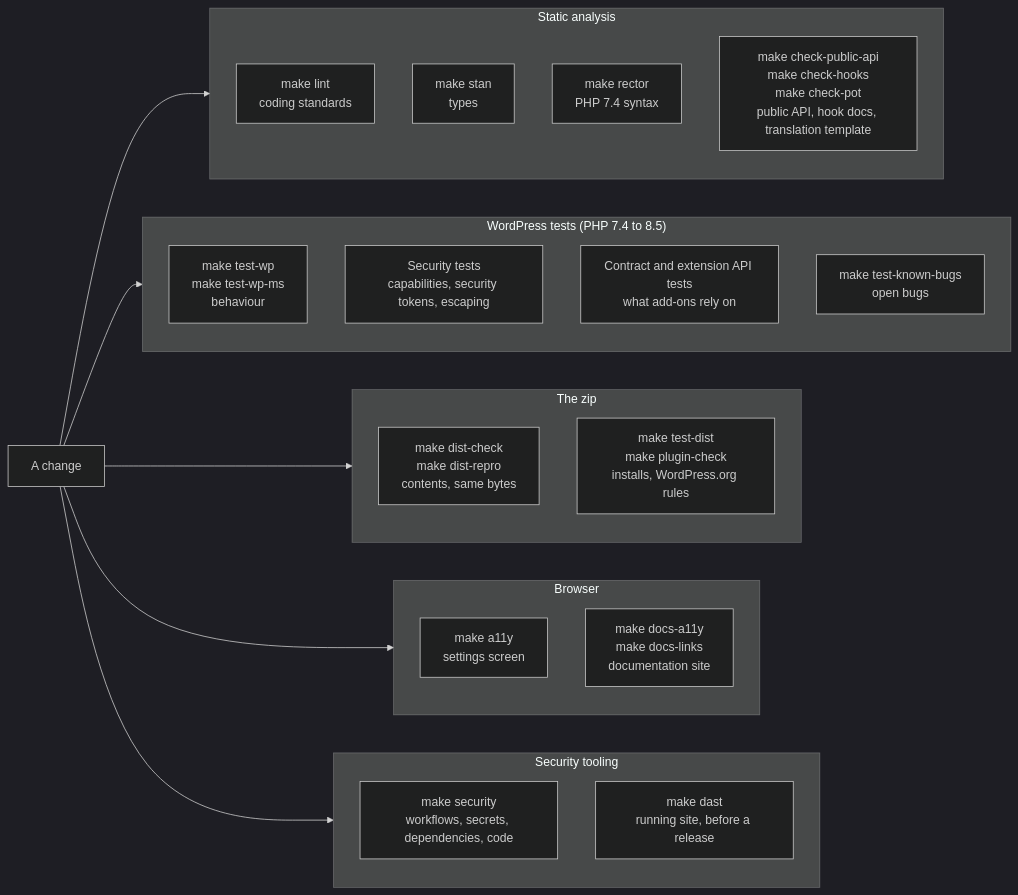
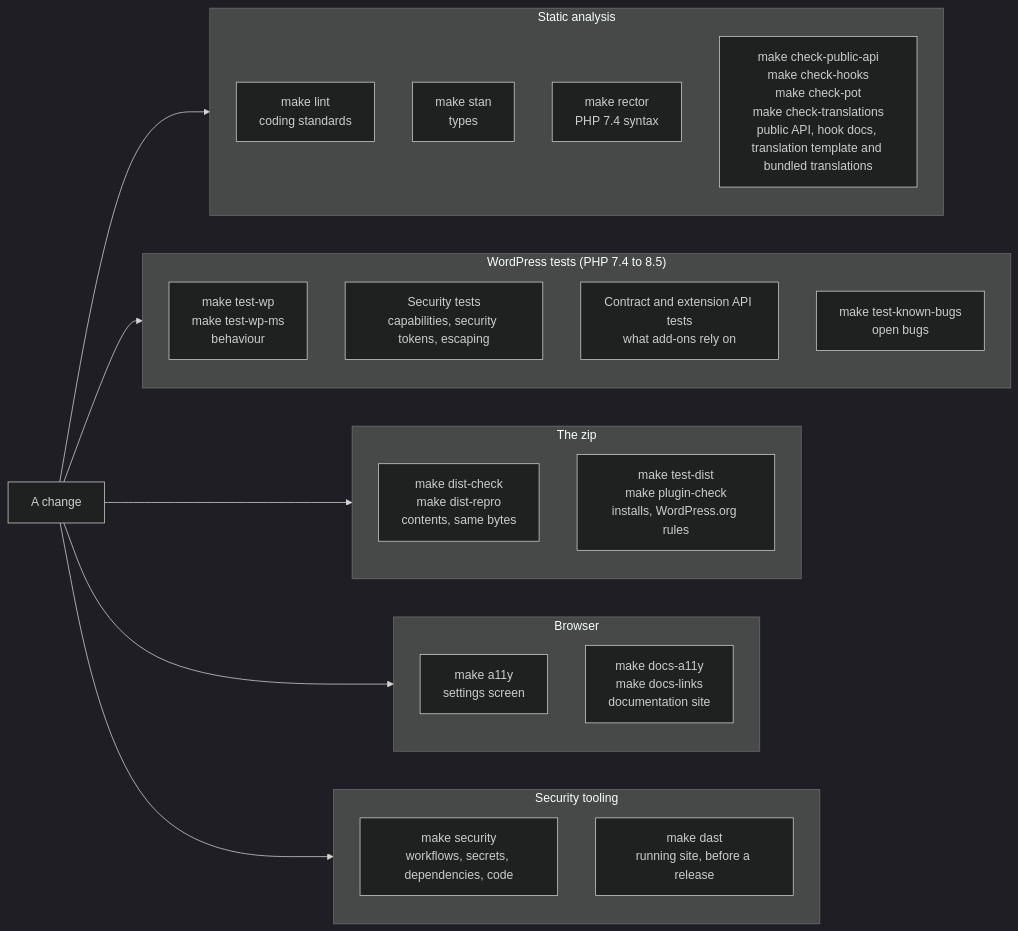
One commit to l3rady/wp-updates-notifier changed the diagram in docs/developers/testing.md. Above: the diagram before and after it, drawn with Mermaid (dark theme). The commit also changed other lines of this file and 45 other files, not shown here.

````diff
--- a/docs/developers/testing.md
+++ b/docs/developers/testing.md
@@ -5,33 +5,33 @@
 ```mermaid
 flowchart LR
     change["A change"] --> static
     change --> wp
     change --> pkg
     change --> browser
     change --> sec
 
     subgraph static["Static analysis"]
         lint["make lint<br>coding standards"]
         stan["make stan<br>types"]
         rector["make rector<br>PHP 7.4 syntax"]
-        api["make check-public-api<br>make check-hooks<br>make check-pot<br>public API, hook docs, translation template"]
+        api["make check-public-api<br>make check-hooks<br>make check-pot<br>make check-translations<br>public API, hook docs, translation template and bundled translations"]
     end
     subgraph wp["WordPress tests (PHP 7.4 to 8.5)"]
         suite["make test-wp<br>make test-wp-ms<br>behaviour"]
         secTests["Security tests<br>capabilities, security tokens, escaping"]
         contract["Contract and extension API tests<br>what add-ons rely on"]
         bugs["make test-known-bugs<br>open bugs"]
     end
     subgraph pkg["The zip"]
         dist["make dist-check<br>make dist-repro<br>contents, same bytes"]
         install["make test-dist<br>make plugin-check<br>installs, WordPress.org rules"]
     end
     subgraph browser["Browser"]
         a11y["make a11y<br>settings screen"]
         docsa11y["make docs-a11y<br>make docs-links<br>documentation site"]
     end
     subgraph sec["Security tooling"]
         scan["make security<br>workflows, secrets, dependencies, code"]
         dast["make dast<br>running site, before a release"]
     end
 ```
````
